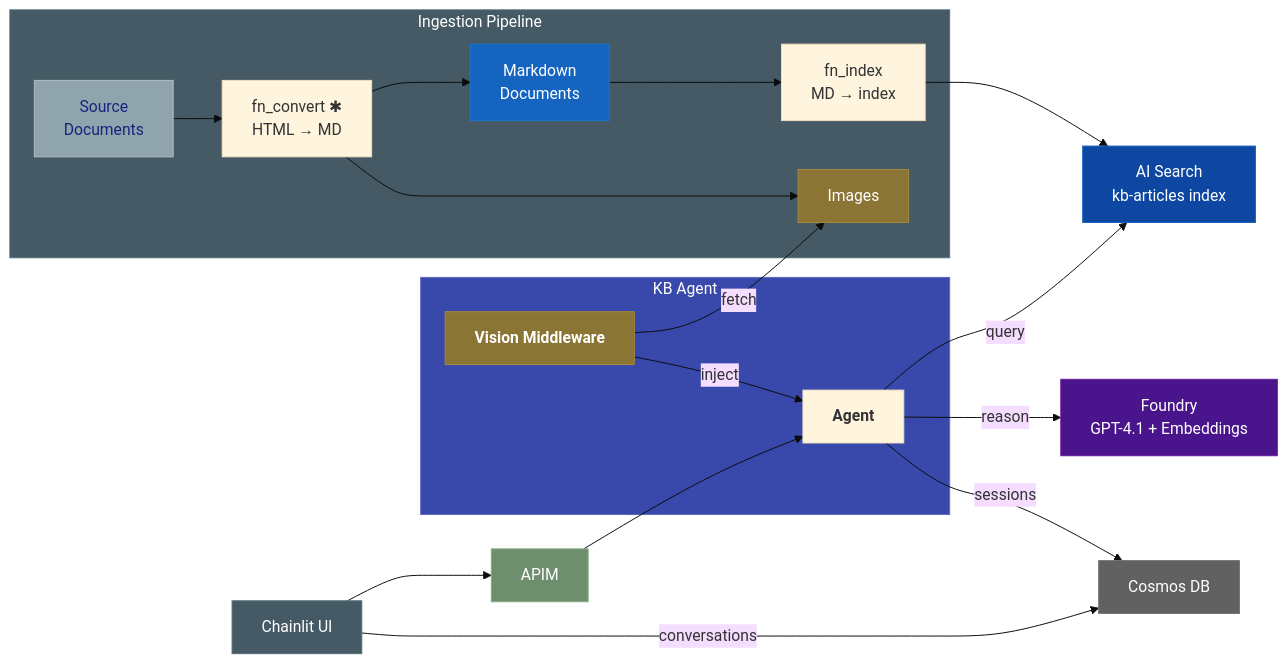
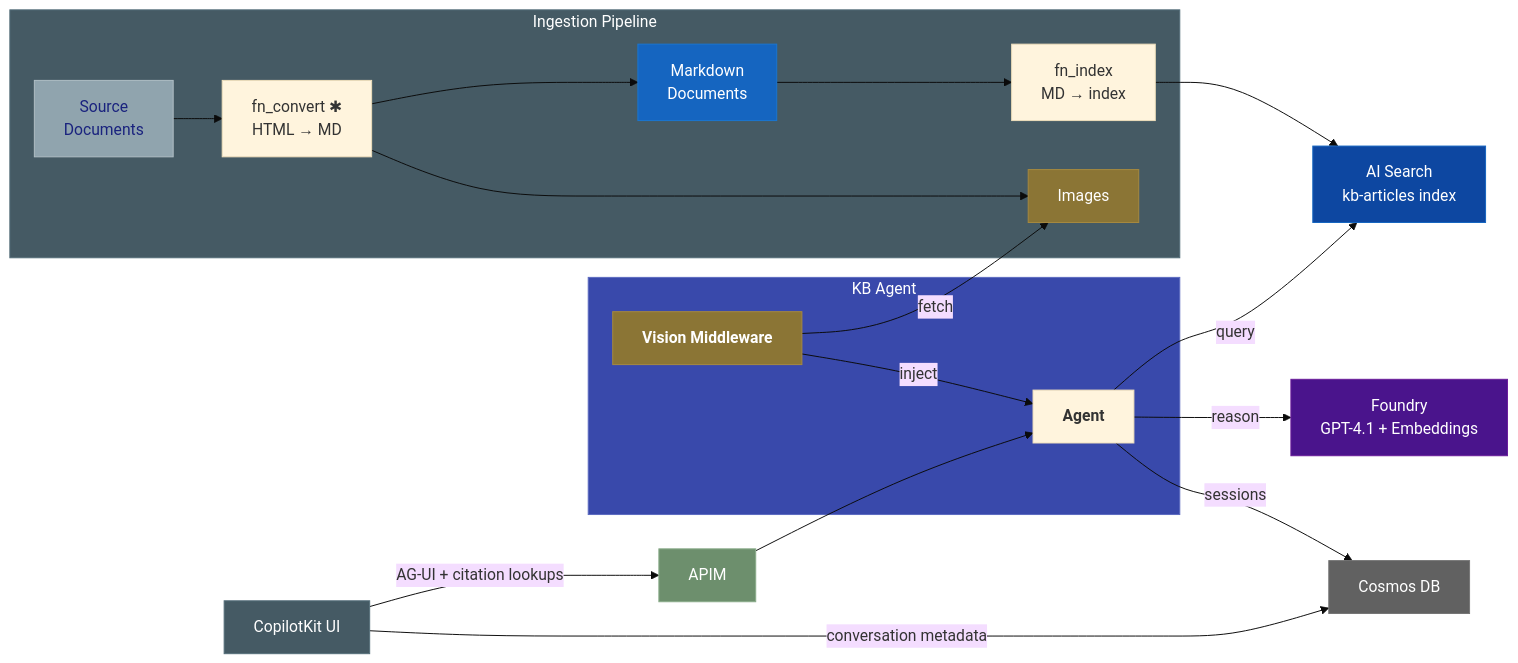
Diagram 11 of 11 in README.md (aldelar/azure-knowledge-base-ingestion), drawn with Mermaid (base theme) before and after one commit. The commit also changed other lines of this file and 145 other files, not shown here.

First line of the commit message:
feat: migrate web app from Chainlit to CopilotKit with AG-UI protocol (#24)

````diff
--- a/README.md
+++ b/README.md
@@ -348,35 +516,35 @@
 ```mermaid
 flowchart LR
     subgraph Pipeline["Ingestion Pipeline"]
         SA1["Source<br/>Documents"] --> CVT["fn_convert ✱<br/>HTML → MD"] --> SA2["Markdown<br/>Documents"] --> IDX["fn_index<br/>MD → index"]
         CVT --> IMG["Images"]
     end
 
     IDX --> AIS["AI Search<br/>kb-articles index"]
 
     subgraph AgentSvc["KB Agent"]
         AGENT["<b>Agent</b>"]
         VIS["<b>Vision Middleware</b>"]
     end
 
     AGENT -->|query| AIS
     AGENT -->|reason| AF["Foundry<br/>GPT-4.1 + Embeddings"]
     VIS -->|fetch| IMG
     VIS -->|inject| AGENT
     AGENT -->|sessions| COSMOS["Cosmos DB"]
 
-    CHAT["Chainlit UI"] --> APIM["APIM"] --> AGENT
-    CHAT -->|conversations| COSMOS
+    CHAT["CopilotKit UI"] -->|AG-UI + citation lookups| APIM["APIM"] --> AGENT
+    CHAT -->|conversation metadata| COSMOS
 
     style AgentSvc fill:#3949ab,stroke:#5c6bc0,color:#ffffff
     style Pipeline fill:#455a64,stroke:#546e7a,color:#ffffff
     style APIM fill:#6d8f6d,stroke:#8aac8a,color:#ffffff
     style COSMOS fill:#616161,stroke:#757575,color:#ffffff
     style SA2 fill:#1565c0,stroke:#1976d2,color:#ffffff
     style SA1 fill:#90a4ae,stroke:#b0bec5,color:#1a237e
     style AIS fill:#0d47a1,stroke:#1565c0,color:#ffffff
     style VIS fill:#8b7535,stroke:#a6893f,color:#ffffff
     style IMG fill:#8b7535,stroke:#a6893f,color:#ffffff
     style AF fill:#4a148c,stroke:#6a1b9a,color:#ffffff
     style CHAT fill:#455a64,stroke:#546e7a,color:#ffffff
 ```
````
